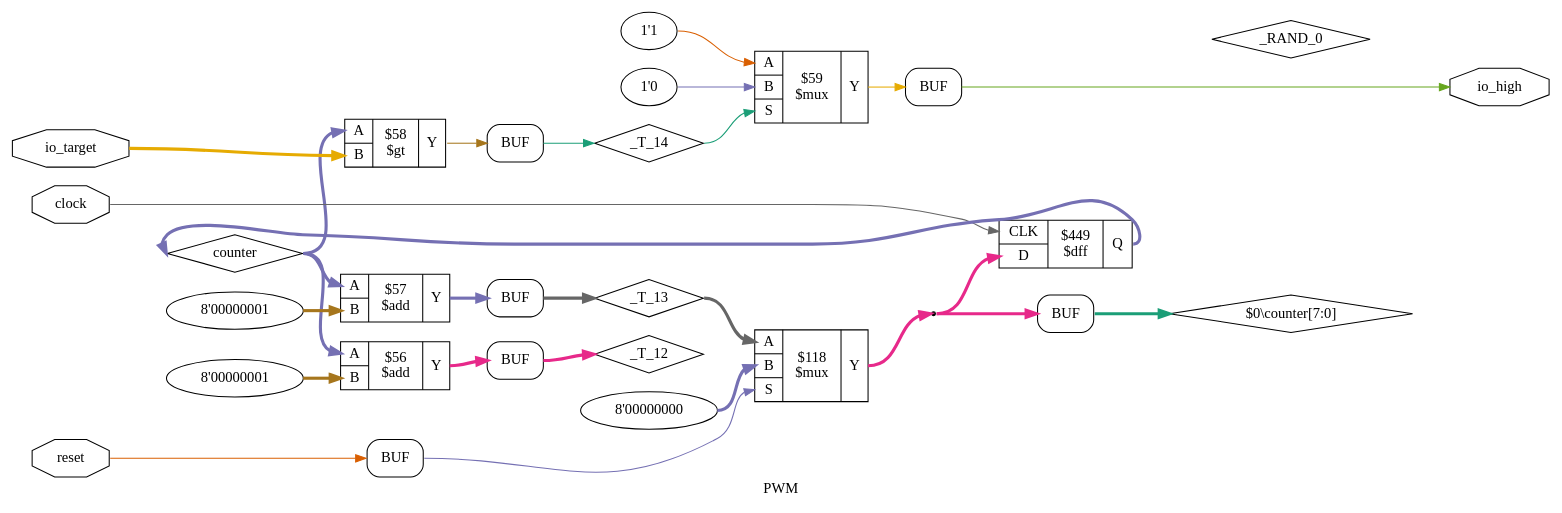
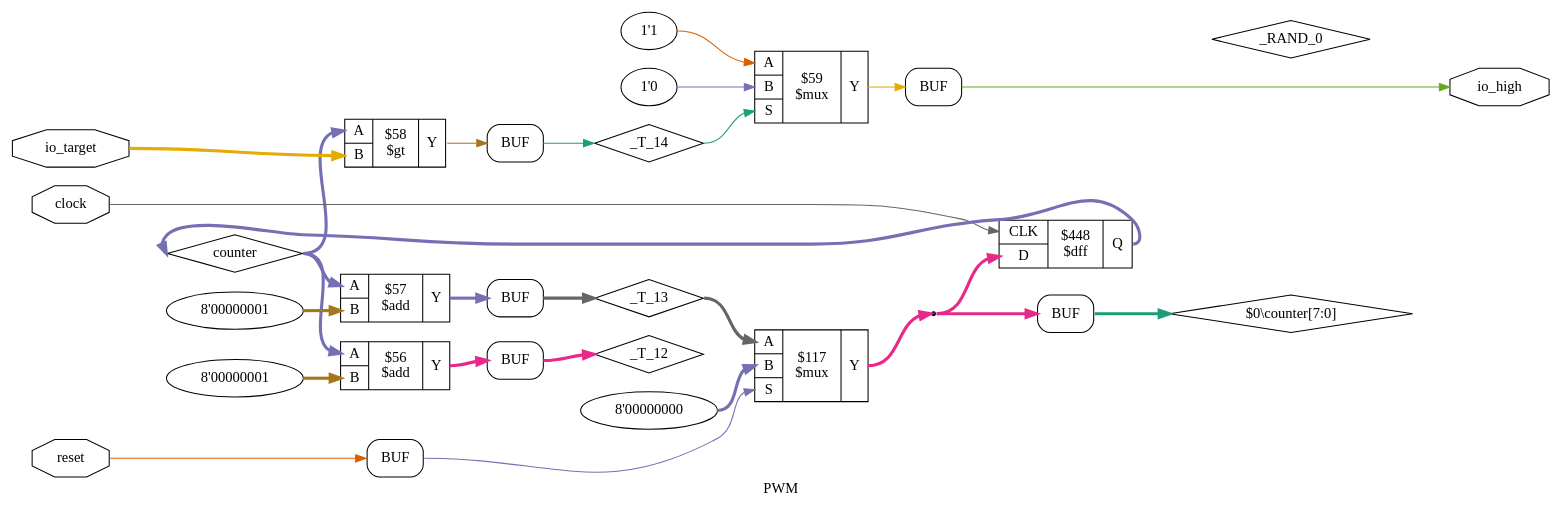
One commit to TDT4295-2019-groupA/FPGA changed the diagram in graphs/yosys/PWM_gen.dot. Above: the diagram before and after it, drawn with Graphviz. The commit also changed 48 other files, not shown here.

```diff
--- a/graphs/yosys/PWM_gen.dot
+++ b/graphs/yosys/PWM_gen.dot
@@ -1,62 +1,62 @@
 digraph "PWM" {
 label="PWM";
 rankdir="LR";
 remincross=true;
 n8 [ shape=diamond, label="_T_14", color="black", fontcolor="black" ];
 n9 [ shape=diamond, label="_T_13", color="black", fontcolor="black" ];
 n10 [ shape=diamond, label="_T_12", color="black", fontcolor="black" ];
 n11 [ shape=diamond, label="_RAND_0", color="black", fontcolor="black" ];
 n12 [ shape=diamond, label="counter", color="black", fontcolor="black" ];
 n13 [ shape=octagon, label="io_target", color="black", fontcolor="black" ];
 n14 [ shape=octagon, label="io_high", color="black", fontcolor="black" ];
 n15 [ shape=octagon, label="reset", color="black", fontcolor="black" ];
 n16 [ shape=octagon, label="clock", color="black", fontcolor="black" ];
 { rank="source"; n13; n15; n16;}
 { rank="sink"; n14;}
-c20 [ shape=record, label="{{<p17> CLK|<p18> D}|$449\n$dff|{<p19> Q}}" ];
+c20 [ shape=record, label="{{<p17> CLK|<p18> D}|$448\n$dff|{<p19> Q}}" ];
 v0 [ label="8'00000000" ];
-c25 [ shape=record, label="{{<p21> A|<p22> B|<p23> S}|$118\n$mux|{<p24> Y}}" ];
+c25 [ shape=record, label="{{<p21> A|<p22> B|<p23> S}|$117\n$mux|{<p24> Y}}" ];
 v1 [ label="1'0" ];
 v2 [ label="1'1" ];
 c26 [ shape=record, label="{{<p21> A|<p22> B|<p23> S}|$59\n$mux|{<p24> Y}}" ];
 c27 [ shape=record, label="{{<p21> A|<p22> B}|$58\n$gt|{<p24> Y}}" ];
 v3 [ label="8'00000001" ];
 c28 [ shape=record, label="{{<p21> A|<p22> B}|$57\n$add|{<p24> Y}}" ];
 v4 [ label="8'00000001" ];
 c29 [ shape=record, label="{{<p21> A|<p22> B}|$56\n$add|{<p24> Y}}" ];
 x5 [shape=box, style=rounded, label="BUF"];
 x6 [shape=box, style=rounded, label="BUF"];
 x7 [shape=box, style=rounded, label="BUF"];
 x8 [shape=box, style=rounded, label="BUF"];
 x9 [shape=box, style=rounded, label="BUF"];
 x10 [shape=box, style=rounded, label="BUF"];
 n1 [ shape=point ];
 c25:p24:e -> n1:w [colorscheme="dark28", color="4", fontcolor="4", style="setlinewidth(3)", label=""];
 n1:e -> c20:p18:w [colorscheme="dark28", color="4", fontcolor="4", style="setlinewidth(3)", label=""];
 n1:e -> x10:w:w [colorscheme="dark28", color="4", fontcolor="4", style="setlinewidth(3)", label=""];
 x5:e:e -> n10:w [colorscheme="dark28", color="4", fontcolor="4", style="setlinewidth(3)", label=""];
 c20:p19:e -> n12:w [colorscheme="dark28", color="3", fontcolor="3", style="setlinewidth(3)", label=""];
 n12:e -> c27:p21:w [colorscheme="dark28", color="3", fontcolor="3", style="setlinewidth(3)", label=""];
 n12:e -> c28:p21:w [colorscheme="dark28", color="3", fontcolor="3", style="setlinewidth(3)", label=""];
 n12:e -> c29:p21:w [colorscheme="dark28", color="3", fontcolor="3", style="setlinewidth(3)", label=""];
 n13:e -> c27:p22:w [colorscheme="dark28", color="6", fontcolor="6", style="setlinewidth(3)", label=""];
 x8:e:e -> n14:w [colorscheme="dark28", color="5", fontcolor="5", label=""];
 n15:e -> x9:w:w [colorscheme="dark28", color="2", fontcolor="2", label=""];
 n16:e -> c20:p17:w [colorscheme="dark28", color="8", fontcolor="8", label=""];
 x9:e:e -> c25:p23:w [colorscheme="dark28", color="3", fontcolor="3", label=""];
 n3 [ shape=diamond, label="$0\\counter[7:0]" ];
 x10:e:e -> n3:w [colorscheme="dark28", color="1", fontcolor="1", style="setlinewidth(3)", label=""];
 c26:p24:e -> x8:w:w [colorscheme="dark28", color="6", fontcolor="6", label=""];
 c27:p24:e -> x7:w:w [colorscheme="dark28", color="7", fontcolor="7", label=""];
 c28:p24:e -> x6:w:w [colorscheme="dark28", color="3", fontcolor="3", style="setlinewidth(3)", label=""];
 c29:p24:e -> x5:w:w [colorscheme="dark28", color="4", fontcolor="4", style="setlinewidth(3)", label=""];
 x7:e:e -> n8:w [colorscheme="dark28", color="1", fontcolor="1", label=""];
 n8:e -> c26:p23:w [colorscheme="dark28", color="1", fontcolor="1", label=""];
 x6:e:e -> n9:w [colorscheme="dark28", color="8", fontcolor="8", style="setlinewidth(3)", label=""];
 n9:e -> c25:p21:w [colorscheme="dark28", color="8", fontcolor="8", style="setlinewidth(3)", label=""];
 v0:e -> c25:p22:w [colorscheme="dark28", color="3", fontcolor="3", style="setlinewidth(3)", label=""];
 v1:e -> c26:p22:w [colorscheme="dark28", color="3", fontcolor="3", label=""];
 v2:e -> c26:p21:w [colorscheme="dark28", color="2", fontcolor="2", label=""];
 v3:e -> c28:p22:w [colorscheme="dark28", color="7", fontcolor="7", style="setlinewidth(3)", label=""];
 v4:e -> c29:p22:w [colorscheme="dark28", color="7", fontcolor="7", style="setlinewidth(3)", label=""];
 }
```
